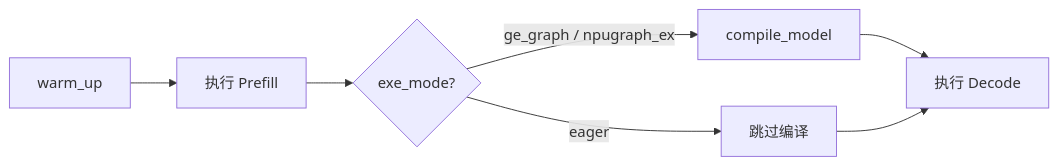
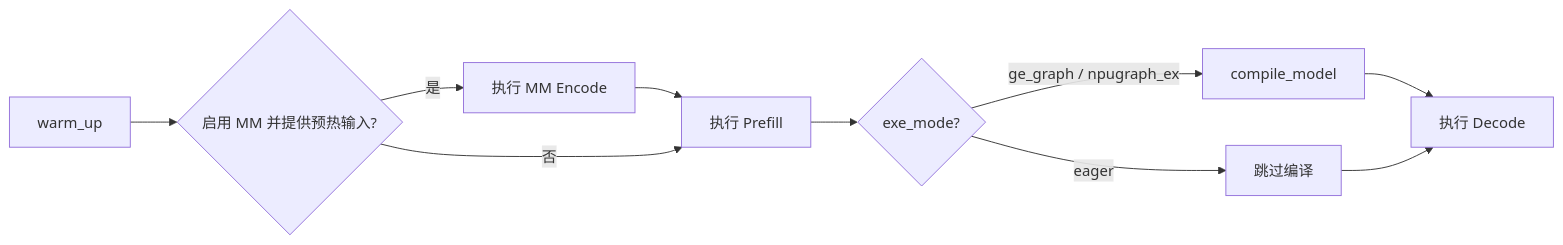
Before and after one commit to hicann/cann-recipes-infer: the third of 4 diagrams in docs/design/executor_design.md, drawn with Mermaid. The commit also changed other lines of this file and 77 other files, not shown here.

````diff
--- a/docs/design/executor_design.md
+++ b/docs/design/executor_design.md
@@ -170,9 +172,12 @@
 ```mermaid
 flowchart LR
-    A[warm_up] --> B[执行 Prefill]
+    A[warm_up] --> MM{启用 MM 并提供预热输入?}
+    MM -->|是| EN[执行 MM Encode]
+    EN --> B[执行 Prefill]
+    MM -->|否| B
     B --> C{exe_mode?}
     C -->|ge_graph / npugraph_ex| D[compile_model]
     C -->|eager| E[跳过编译]
     D --> F[执行 Decode]
     E --> F
 ```
````
